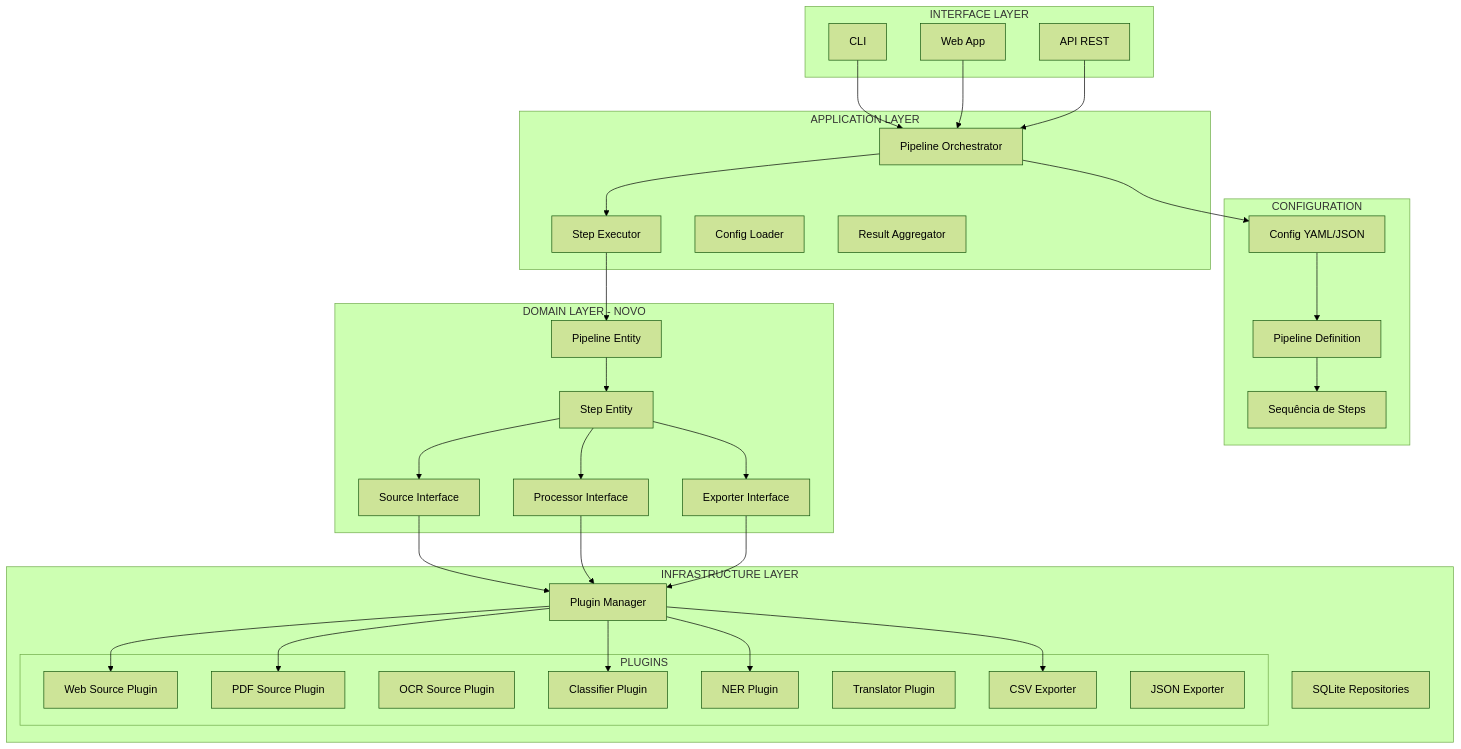
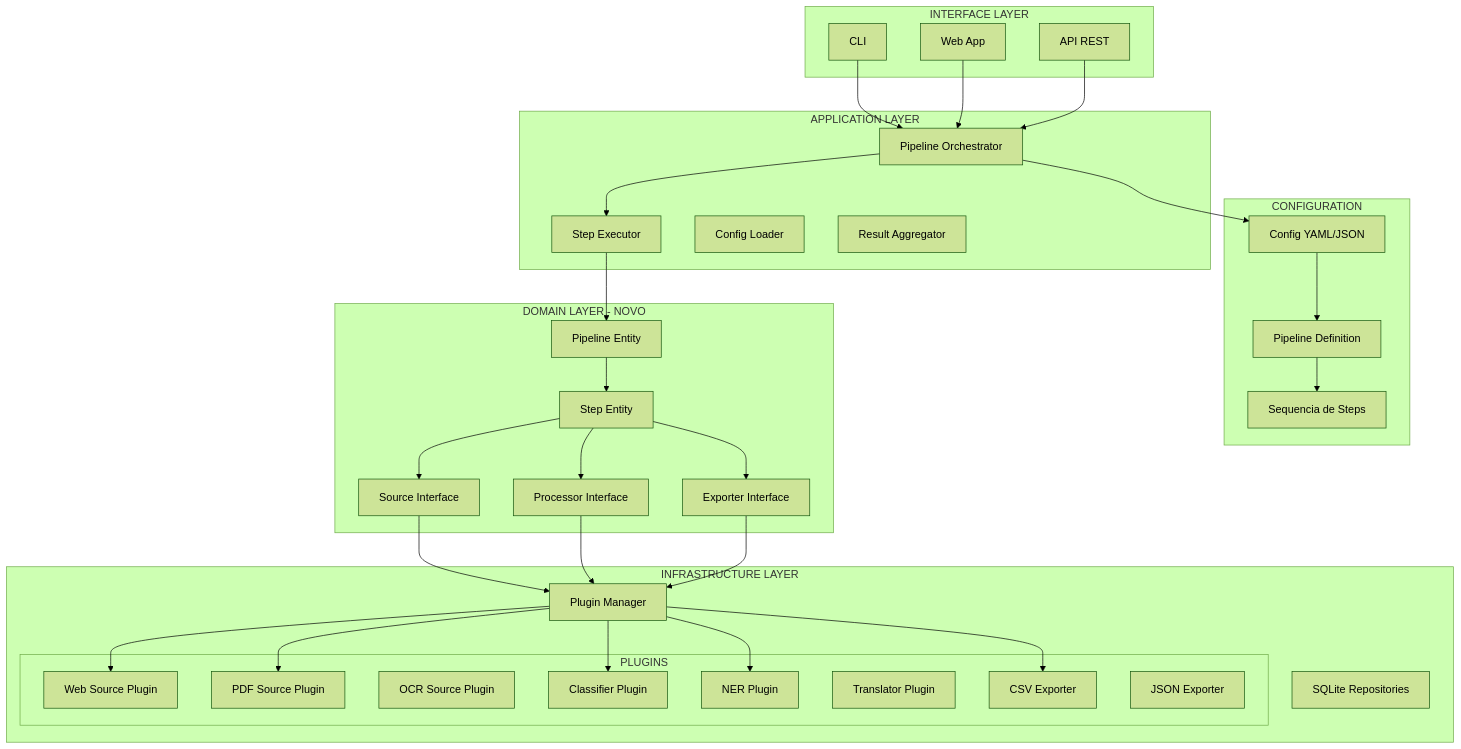
One commit to rib-thiago/showtrials-tcc changed the second of 2 diagrams in docs/projeto/analise_arquitetural.md. Above: the diagram before and after it, drawn with Mermaid (forest theme). The commit also changed other lines of this file and 1 other file, not shown here.

````diff
--- a/docs/projeto/analise_arquitetural.md
+++ b/docs/projeto/analise_arquitetural.md
@@ -87,69 +106,69 @@
 ```mermaid
 graph TD
     subgraph "CONFIGURATION"
         Config[Config YAML/JSON] --> PipelineDef[Pipeline Definition]
-        PipelineDef --> Steps[Sequência de Steps]
+        PipelineDef --> Steps[Sequencia de Steps]
     end
 
     subgraph "INTERFACE LAYER"
         CLI[CLI]
         WEB[Web App]
         API[API REST]
     end
 
     subgraph "APPLICATION LAYER"
         Orchestrator[Pipeline Orchestrator]
         UC1[Step Executor]
         UC2[Config Loader]
         UC3[Result Aggregator]
     end
 
     subgraph "DOMAIN LAYER - NOVO"
         Pipeline[Pipeline Entity]
         Step[Step Entity]
         Source[Source Interface]
         Processor[Processor Interface]
         Exporter[Exporter Interface]
     end
 
     subgraph "INFRASTRUCTURE LAYER"
         SQLite[SQLite Repositories]
         PluginManager[Plugin Manager]
 
         subgraph "PLUGINS"
             WebSource[Web Source Plugin]
             PDFSource[PDF Source Plugin]
             OCRSource[OCR Source Plugin]
 
             Classifier[Classifier Plugin]
             NER[NER Plugin]
             Translator[Translator Plugin]
 
             CSVExporter[CSV Exporter]
             JSONExporter[JSON Exporter]
         end
     end
 
     CLI --> Orchestrator
     WEB --> Orchestrator
     API --> Orchestrator
 
     Orchestrator --> UC1
     Orchestrator --> Config
 
     UC1 --> Pipeline
     Pipeline --> Step
     Step --> Source
     Step --> Processor
     Step --> Exporter
 
     Source --> PluginManager
     Processor --> PluginManager
     Exporter --> PluginManager
 
     PluginManager --> WebSource
     PluginManager --> PDFSource
     PluginManager --> Classifier
     PluginManager --> NER
     PluginManager --> CSVExporter
 ```
````
